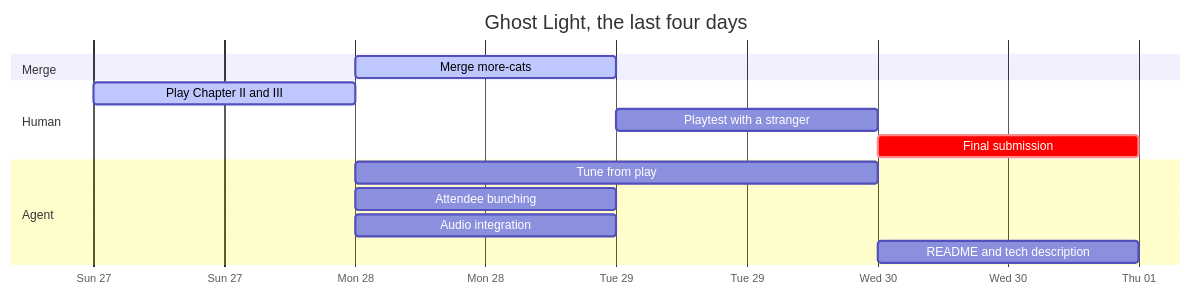
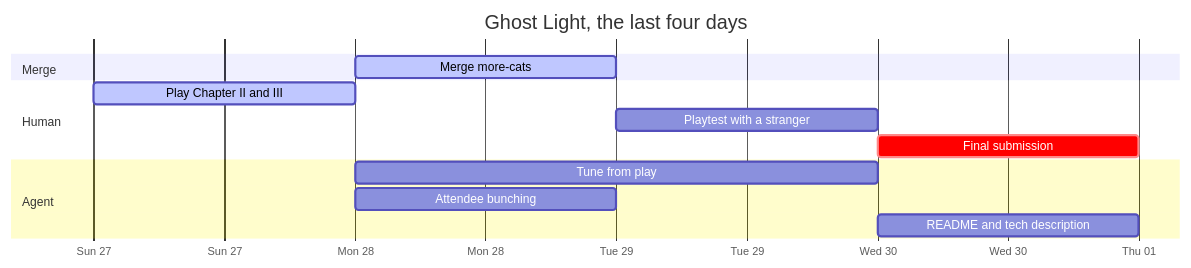
The second of 2 diagrams in STATUS.md (LoMagnette/ghost-light), drawn with Mermaid before and after one commit. The commit also changed other lines of this file, not shown here.

Commit message:
docs(status): audio closed on the author's word

````diff
--- a/STATUS.md
+++ b/STATUS.md
@@ -155,17 +155,16 @@
 ```mermaid
 gantt
     title Ghost Light, the last four days
     dateFormat YYYY-MM-DD
     axisFormat %a %d
     section Merge
     Merge more-cats                   :active, m1, 2026-09-28, 1d
     section Human
     Play Chapter II and III           :active, h1, 2026-09-27, 1d
     Playtest with a stranger          :t1, 2026-09-29, 1d
     Final submission                  :crit, s2, 2026-09-30, 1d
     section Agent
     Tune from play                    :g1, after h1, 2d
     Attendee bunching                 :g4, 2026-09-28, 1d
-    Audio integration                 :g2, 2026-09-28, 1d
     README and tech description       :g3, 2026-09-30, 1d
 ```
````
